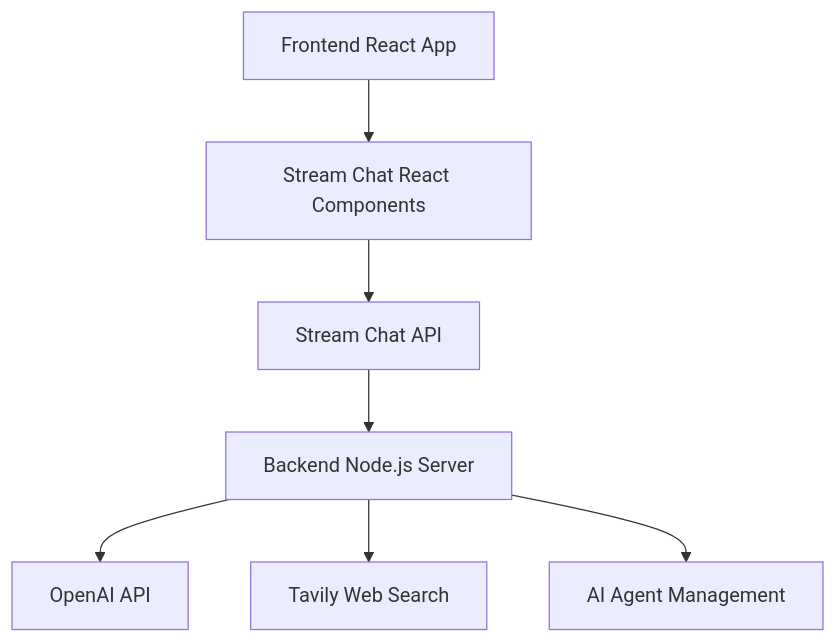
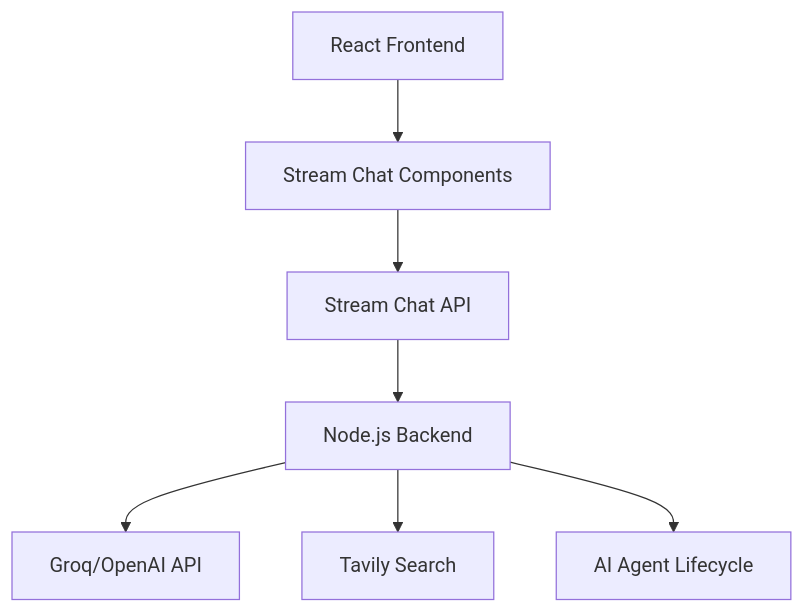
One commit to dhruvxop19/quirky-chat-assistant changed the diagram in README.md. Above: the diagram before and after it, drawn with Mermaid. The commit also changed other lines of this file, not shown here.

````diff
--- a/README.md
+++ b/README.md
@@ -45,9 +42,9 @@
 ```mermaid
 graph TD
-    A[Frontend React App] --> B[Stream Chat React Components]
+    A[React Frontend] --> B[Stream Chat Components]
     B --> C[Stream Chat API]
-    C --> D[Backend Node.js Server]
-    D --> E[OpenAI API]
-    D --> F[Tavily Web Search]
-    D --> G[AI Agent Management]
+    C --> D[Node.js Backend]
+    D --> E[Groq/OpenAI API]
+    D --> F[Tavily Search]
+    D --> G[AI Agent Lifecycle]
 ```
````
